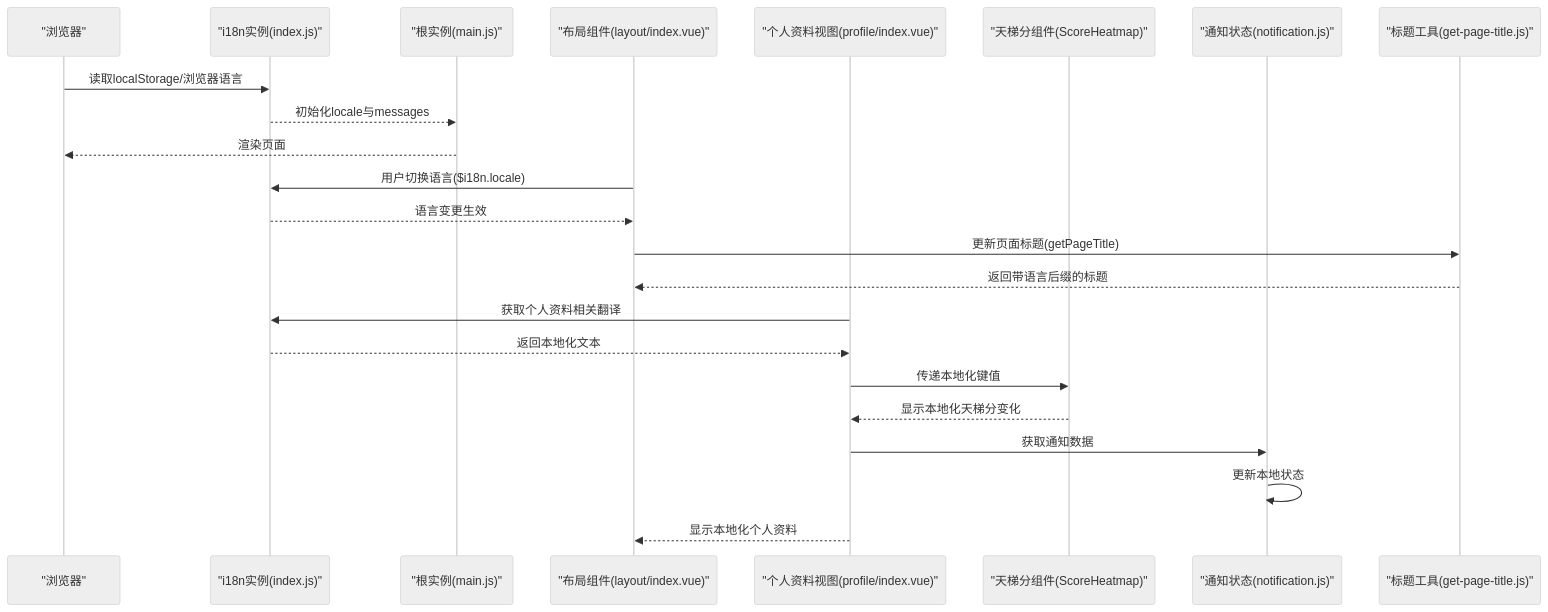
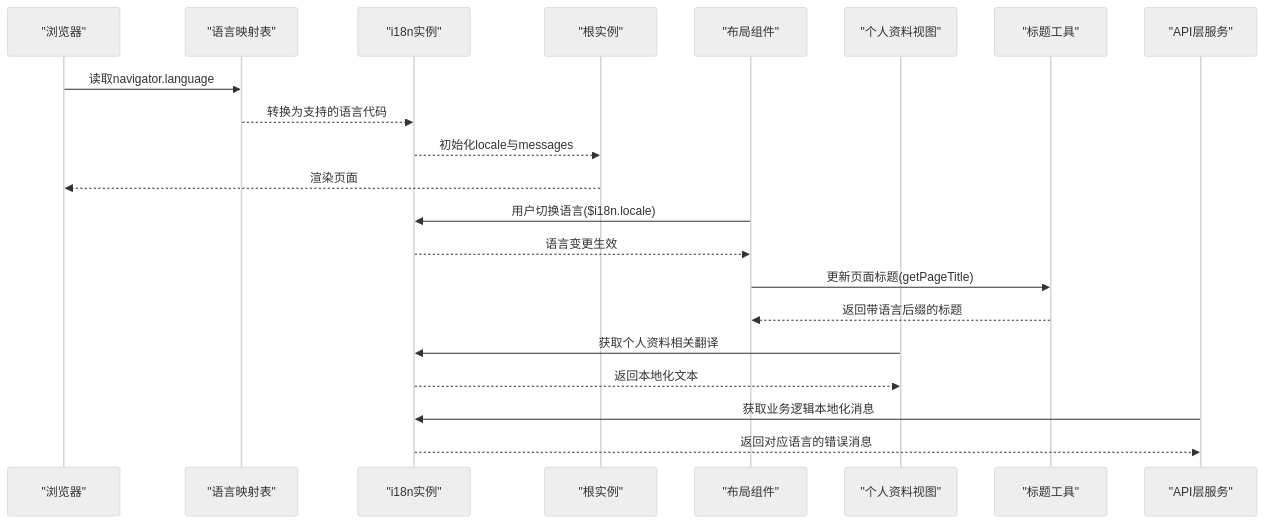
The second of 3 diagrams in .qoder/repowiki/zh/content/前端应用/国际化支持.md (TinyMaD/SpeedRunnersLab), drawn with Mermaid (neutral theme) before and after one commit. The commit also changed other lines of this file and 9 other files, not shown here.

````diff
--- a/.qoder/repowiki/zh/content/前端应用/国际化支持.md
+++ b/.qoder/repowiki/zh/content/前端应用/国际化支持.md
@@ -136,25 +156,23 @@
 ```mermaid
 sequenceDiagram
 participant Browser as "浏览器"
-participant I18N as "i18n实例(index.js)"
-participant App as "根实例(main.js)"
-participant Layout as "布局组件(layout/index.vue)"
-participant Profile as "个人资料视图(profile/index.vue)"
-participant Heatmap as "天梯分组件(ScoreHeatmap)"
-participant Store as "通知状态(notification.js)"
-participant Util as "标题工具(get-page-title.js)"
-Browser->>I18N : 读取localStorage/浏览器语言
+participant LangMap as "语言映射表"
+participant I18N as "i18n实例"
+participant App as "根实例"
+participant Layout as "布局组件"
+participant Profile as "个人资料视图"
+participant Util as "标题工具"
+participant API as "API层服务"
+Browser->>LangMap : 读取navigator.language
+LangMap-->>I18N : 转换为支持的语言代码
 I18N-->>App : 初始化locale与messages
 App-->>Browser : 渲染页面
 Layout->>I18N : 用户切换语言($i18n.locale)
 I18N-->>Layout : 语言变更生效
 Layout->>Util : 更新页面标题(getPageTitle)
 Util-->>Layout : 返回带语言后缀的标题
 Profile->>I18N : 获取个人资料相关翻译
 I18N-->>Profile : 返回本地化文本
-Profile->>Heatmap : 传递本地化键值
-Heatmap-->>Profile : 显示本地化天梯分变化
-Profile->>Store : 获取通知数据
-Store->>Store : 更新本地状态
-Profile-->>Layout : 显示本地化个人资料
+API->>I18N : 获取业务逻辑本地化消息
+I18N-->>API : 返回对应语言的错误消息
 ```
````
